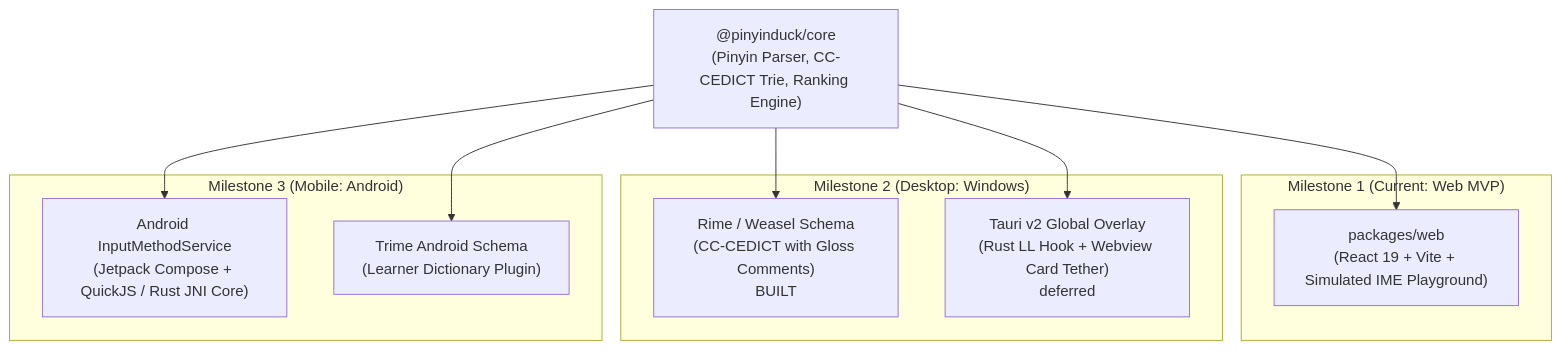
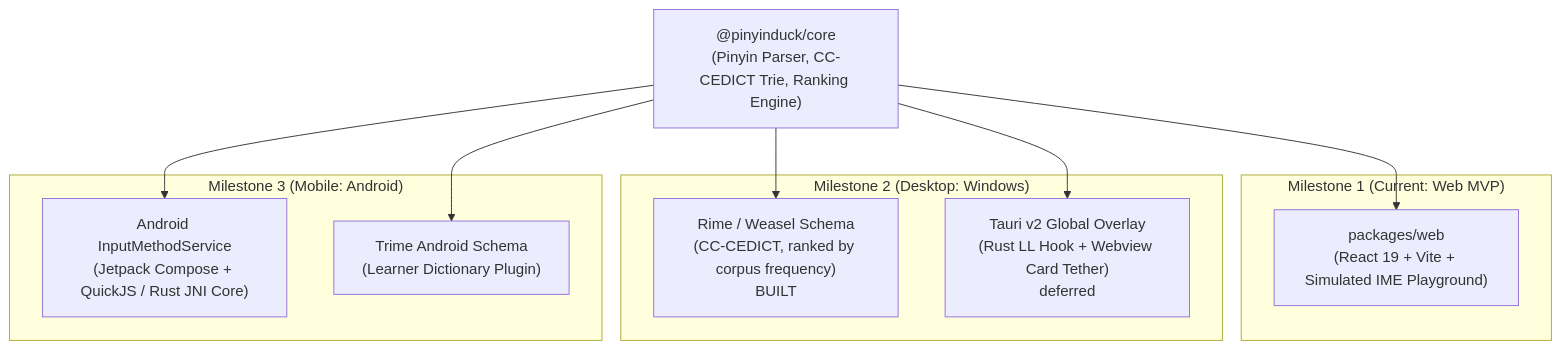
One commit to Raytray/pinyin-duck changed the diagram in docs/roadmap.md. Above: the diagram before and after it, drawn with Mermaid. The commit also changed other lines of this file and 22 other files, not shown here.

````diff
--- a/docs/roadmap.md
+++ b/docs/roadmap.md
@@ -7,24 +7,24 @@
 ```mermaid
 flowchart TD
     Core["@pinyinduck/core\n(Pinyin Parser, CC-CEDICT Trie, Ranking Engine)"]
     
     subgraph Milestone1["Milestone 1 (Current: Web MVP)"]
         Web["packages/web\n(React 19 + Vite + Simulated IME Playground)"]
     end
     
     subgraph Milestone2["Milestone 2 (Desktop: Windows)"]
-        WinRime["Rime / Weasel Schema\n(CC-CEDICT with Gloss Comments)\nBUILT"]
+        WinRime["Rime / Weasel Schema\n(CC-CEDICT, ranked by corpus frequency)\nBUILT"]
         WinTauri["Tauri v2 Global Overlay\n(Rust LL Hook + Webview Card Tether)\ndeferred"]
     end
     
     subgraph Milestone3["Milestone 3 (Mobile: Android)"]
         AndroidIME["Android InputMethodService\n(Jetpack Compose + QuickJS / Rust JNI Core)"]
         AndroidTrime["Trime Android Schema\n(Learner Dictionary Plugin)"]
     end
     
     Core --> Web
     Core --> WinTauri
     Core --> WinRime
     Core --> AndroidIME
     Core --> AndroidTrime
 ```
````
